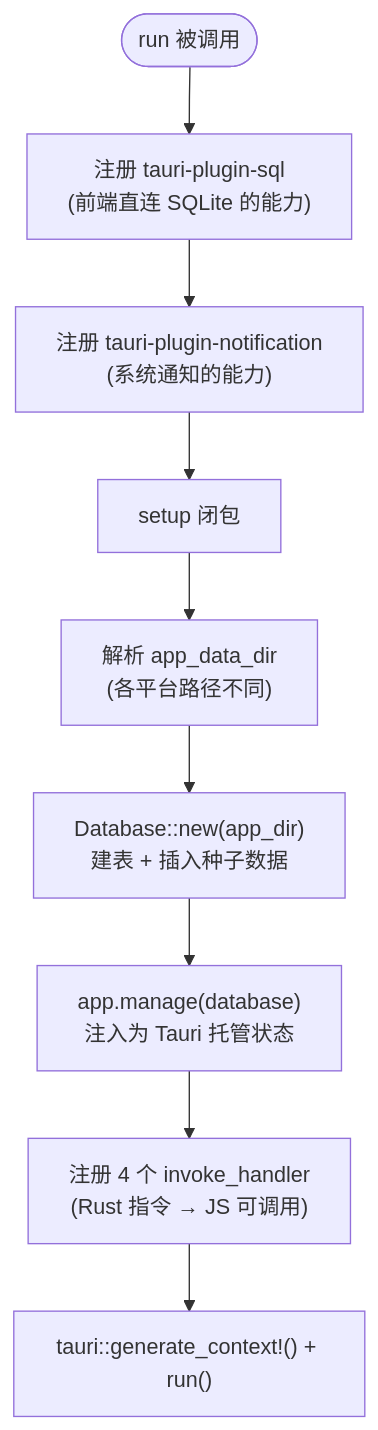
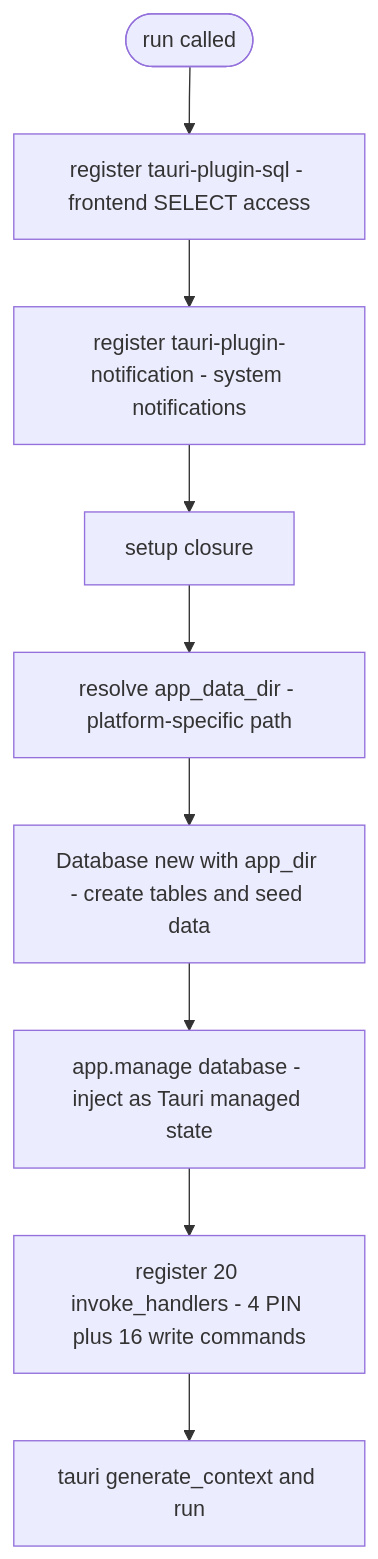
One commit to kindywu/task-manager changed the fourth of 12 diagrams in docs/ARCHITECTURE.md. Above: the diagram before and after it, drawn with Mermaid. The commit also changed other lines of this file and 1 other file, not shown here.

````diff
--- a/docs/ARCHITECTURE.md
+++ b/docs/ARCHITECTURE.md
@@ -471,11 +479,11 @@
 ```mermaid
 flowchart TD
-    START([run 被调用]) --> P1["注册 tauri-plugin-sql<br/>(前端直连 SQLite 的能力)"]
-    P1 --> P2["注册 tauri-plugin-notification<br/>(系统通知的能力)"]
-    P2 --> SETUP[setup 闭包]
-    SETUP --> S1["解析 app_data_dir<br/>(各平台路径不同)"]
-    S1 --> S2["Database::new(app_dir)<br/>建表 + 插入种子数据"]
-    S2 --> S3["app.manage(database)<br/>注入为 Tauri 托管状态"]
-    S3 --> REG["注册 4 个 invoke_handler<br/>(Rust 指令 → JS 可调用)"]
-    REG --> RUN["tauri::generate_context!() + run()"]
+    START([run called]) --> P1["register tauri-plugin-sql - frontend SELECT access"]
+    P1 --> P2["register tauri-plugin-notification - system notifications"]
+    P2 --> SETUP[setup closure]
+    SETUP --> S1["resolve app_data_dir - platform-specific path"]
+    S1 --> S2["Database new with app_dir - create tables and seed data"]
+    S2 --> S3["app.manage database - inject as Tauri managed state"]
+    S3 --> REG["register 20 invoke_handlers - 4 PIN plus 16 write commands"]
+    REG --> RUN["tauri generate_context and run"]
 ```
````
